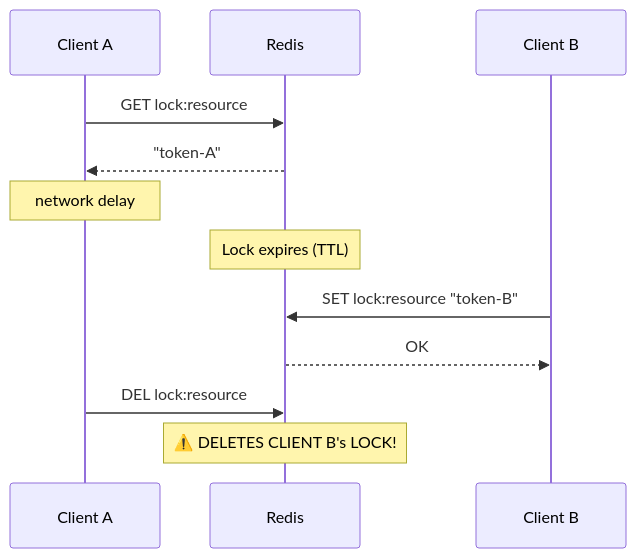
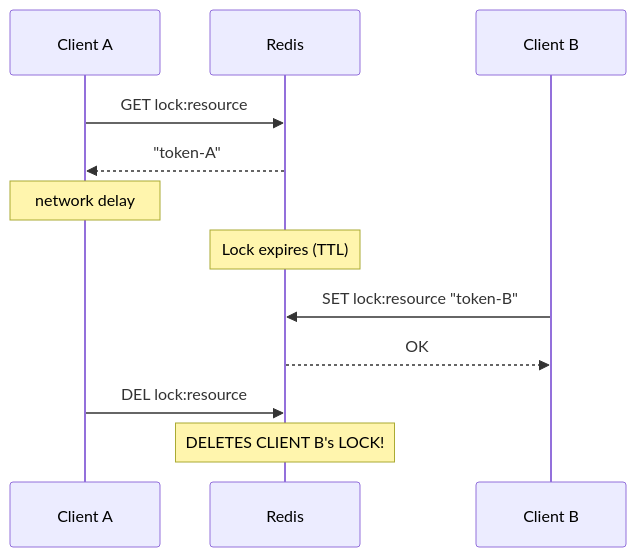
The seventh of 8 diagrams in docs/guide/architecture.md (tishun/redlock4j), drawn with Mermaid before and after one commit. The commit also changed other lines of this file and 91 other files, not shown here.

````diff
--- a/docs/guide/architecture.md
+++ b/docs/guide/architecture.md
@@ -350,15 +350,15 @@
 ```mermaid
 sequenceDiagram
     participant A as Client A
     participant R as Redis
     participant B as Client B
 
     A->>R: GET lock:resource
     R-->>A: "token-A"
     Note over A: network delay
     Note over R: Lock expires (TTL)
     B->>R: SET lock:resource "token-B"
     R-->>B: OK
     A->>R: DEL lock:resource
-    Note over R: ⚠️ DELETES CLIENT B's LOCK!
+    Note over R: DELETES CLIENT B's LOCK!
 ```
````
